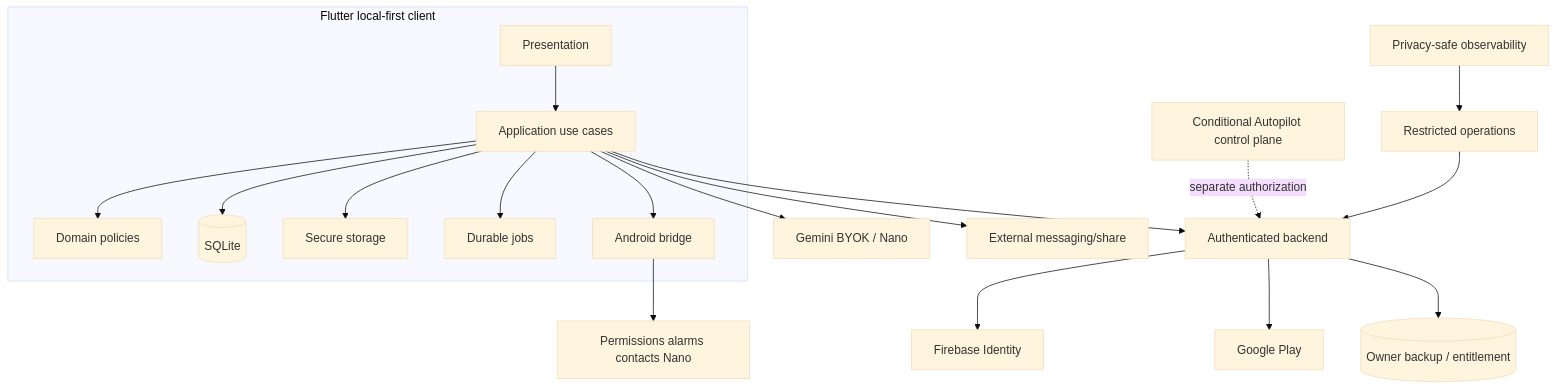
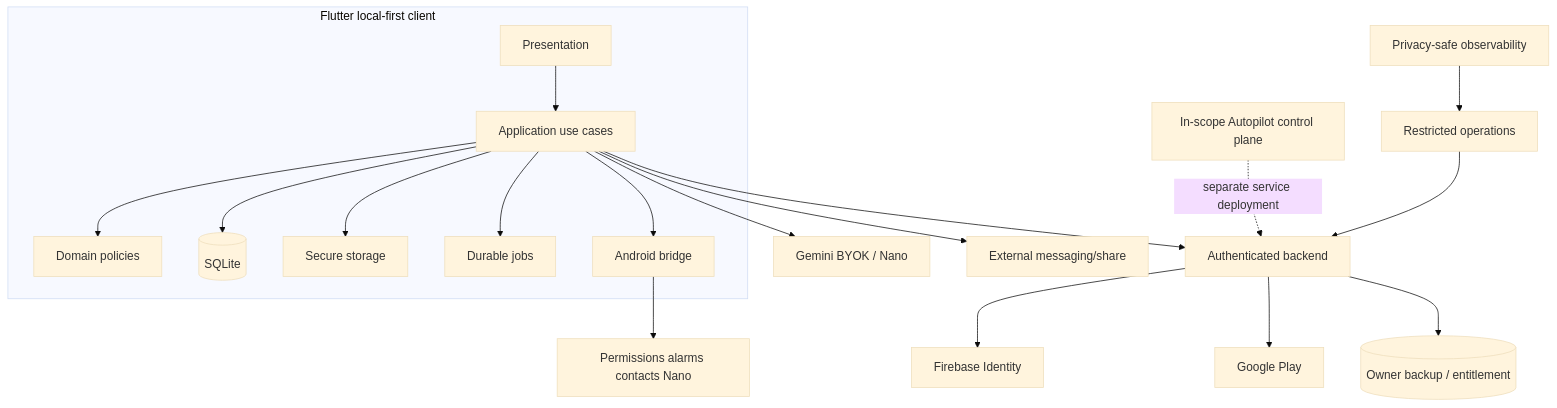
Before and after one commit to yhsomani/AI-Birthday: the diagram in docs/product-blueprint/2.0/10-diagrams/technical-map.md, drawn with Mermaid (base theme). The commit also changed 81 other files, not shown here.

````diff
--- a/docs/product-blueprint/2.0/10-diagrams/technical-map.md
+++ b/docs/product-blueprint/2.0/10-diagrams/technical-map.md
@@ -3,21 +3,21 @@
 ```mermaid
 flowchart TB
   subgraph Client[Flutter local-first client]
     P[Presentation] --> A[Application use cases]
     A --> D[Domain policies]
     A --> DB[(SQLite)]
     A --> S[Secure storage]
     A --> J[Durable jobs]
     A --> N[Android bridge]
   end
   N --> OS[Permissions alarms contacts Nano]
   A --> AI[Gemini BYOK / Nano]
   A --> MSG[External messaging/share]
   A --> API[Authenticated backend]
   API --> AUTH[Firebase Identity]
   API --> PLAY[Google Play]
   API --> FS[(Owner backup / entitlement)]
-  CP[Conditional Autopilot control plane] -. separate authorization .-> API
+  CP[In-scope Autopilot control plane] -. "separate service deployment" .-> API
   OPS[Restricted operations] --> API
   OBS[Privacy-safe observability] --> OPS
 ```
````
